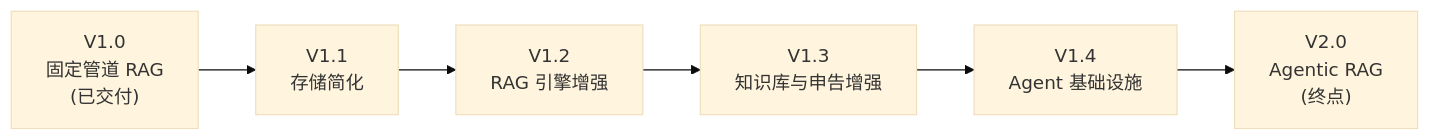
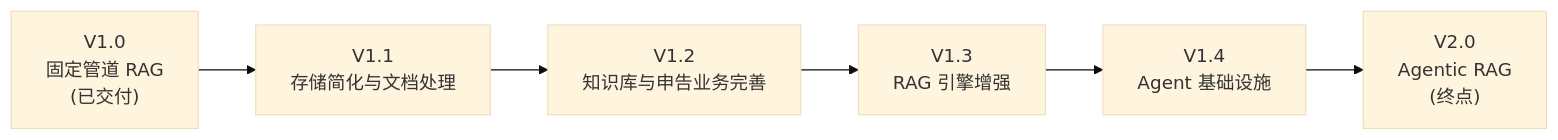
One commit to int2t05/Cognik changed the first of 10 diagrams in docs/ROADMAP.md. Above: the diagram before and after it, drawn with Mermaid (base theme). The commit also changed other lines of this file and 27 other files, not shown here.

````diff
--- a/docs/ROADMAP.md
+++ b/docs/ROADMAP.md
@@ -15,8 +15,8 @@
 ```mermaid
 flowchart LR
-    V1["V1.0<br/>固定管道 RAG<br/>(已交付)"] --> V11["V1.1<br/>存储简化"]
-    V11 --> V12["V1.2<br/>RAG 引擎增强"]
-    V12 --> V13["V1.3<br/>知识库与申告增强"]
+    V1["V1.0<br/>固定管道 RAG<br/>(已交付)"] --> V11["V1.1<br/>存储简化与文档处理"]
+    V11 --> V12["V1.2<br/>知识库与申告业务完善"]
+    V12 --> V13["V1.3<br/>RAG 引擎增强"]
     V13 --> V14["V1.4<br/>Agent 基础设施"]
     V14 --> V2["V2.0<br/>Agentic RAG<br/>(终点)"]
 ```
````
